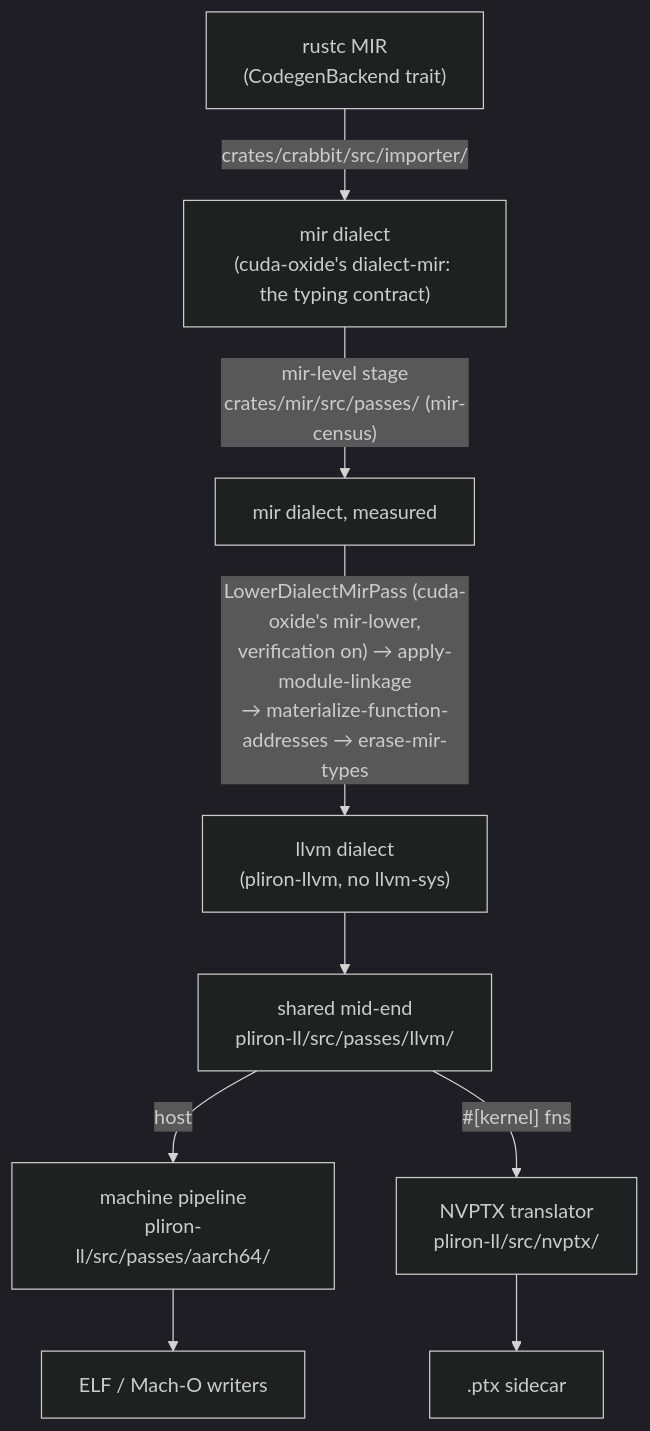
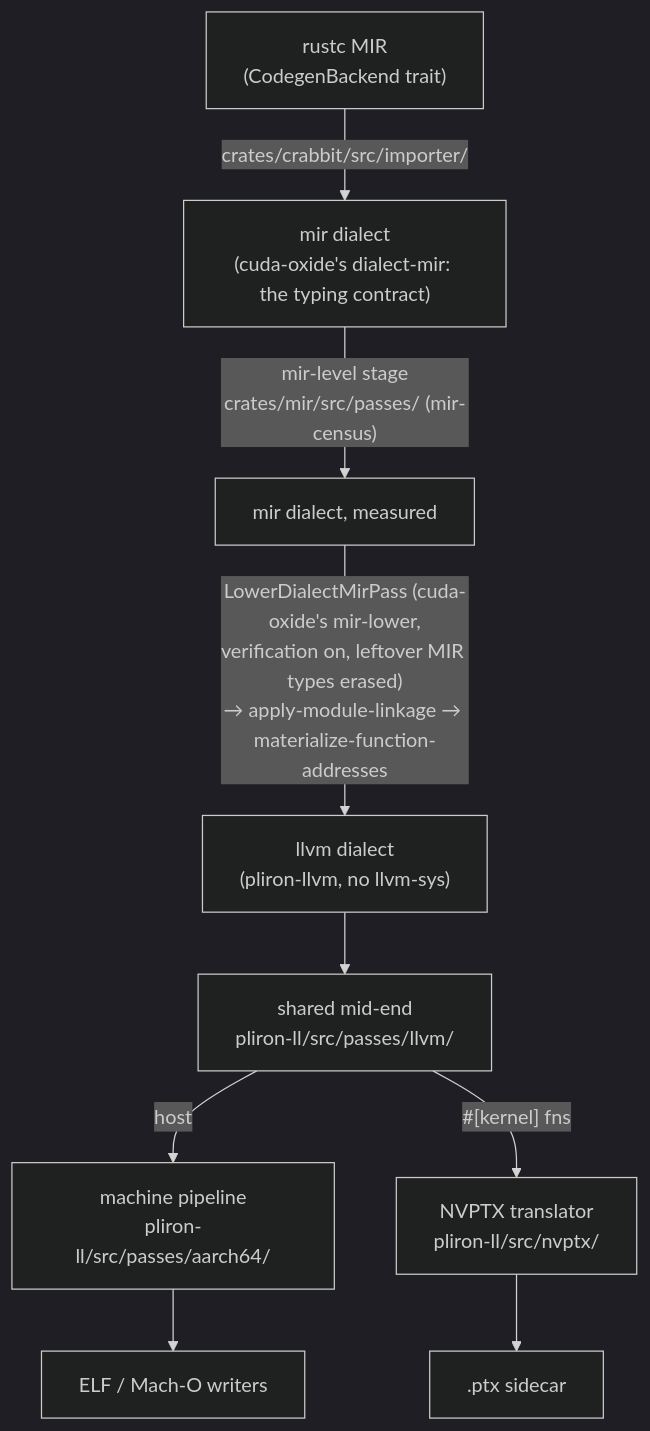
One commit to montaglue/crabbit changed the diagram in docs/ARCHITECTURE.md. Above: the diagram before and after it, drawn with Mermaid (dark theme). The commit also changed other lines of this file and 18 other files, not shown here.

Commit message:
IR verifies at every pass: LLVM-dialect types right after the lowering, one terminator per machine block

````diff
--- a/docs/ARCHITECTURE.md
+++ b/docs/ARCHITECTURE.md
@@ -8,11 +8,11 @@
 ```mermaid
 flowchart TD
     MIR["rustc MIR<br/>(CodegenBackend trait)"] -->|"crates/crabbit/src/importer/"| MIRD["mir dialect<br/>(cuda-oxide's dialect-mir: the typing contract)"]
     MIRD -->|"mir-level stage<br/>crates/mir/src/passes/ (mir-census)"| MIRA["mir dialect, measured"]
-    MIRA -->|"LowerDialectMirPass (cuda-oxide's mir-lower,<br/>verification on) → apply-module-linkage<br/>→ materialize-function-addresses → erase-mir-types"| LLVMD["llvm dialect<br/>(pliron-llvm, no llvm-sys)"]
+    MIRA -->|"LowerDialectMirPass (cuda-oxide's mir-lower,<br/>verification on, leftover MIR types erased)<br/>→ apply-module-linkage → materialize-function-addresses"| LLVMD["llvm dialect<br/>(pliron-llvm, no llvm-sys)"]
     LLVMD --> MIDEND["shared mid-end<br/>pliron-ll/src/passes/llvm/"]
     MIDEND -->|host| MACH["machine pipeline<br/>pliron-ll/src/passes/aarch64/"]
     MIDEND -->|"#[kernel] fns"| NVPTX["NVPTX translator<br/>pliron-ll/src/nvptx/"]
     MACH --> OBJ["ELF / Mach-O writers"]
     NVPTX --> PTX[".ptx sidecar"]
 ```
````
